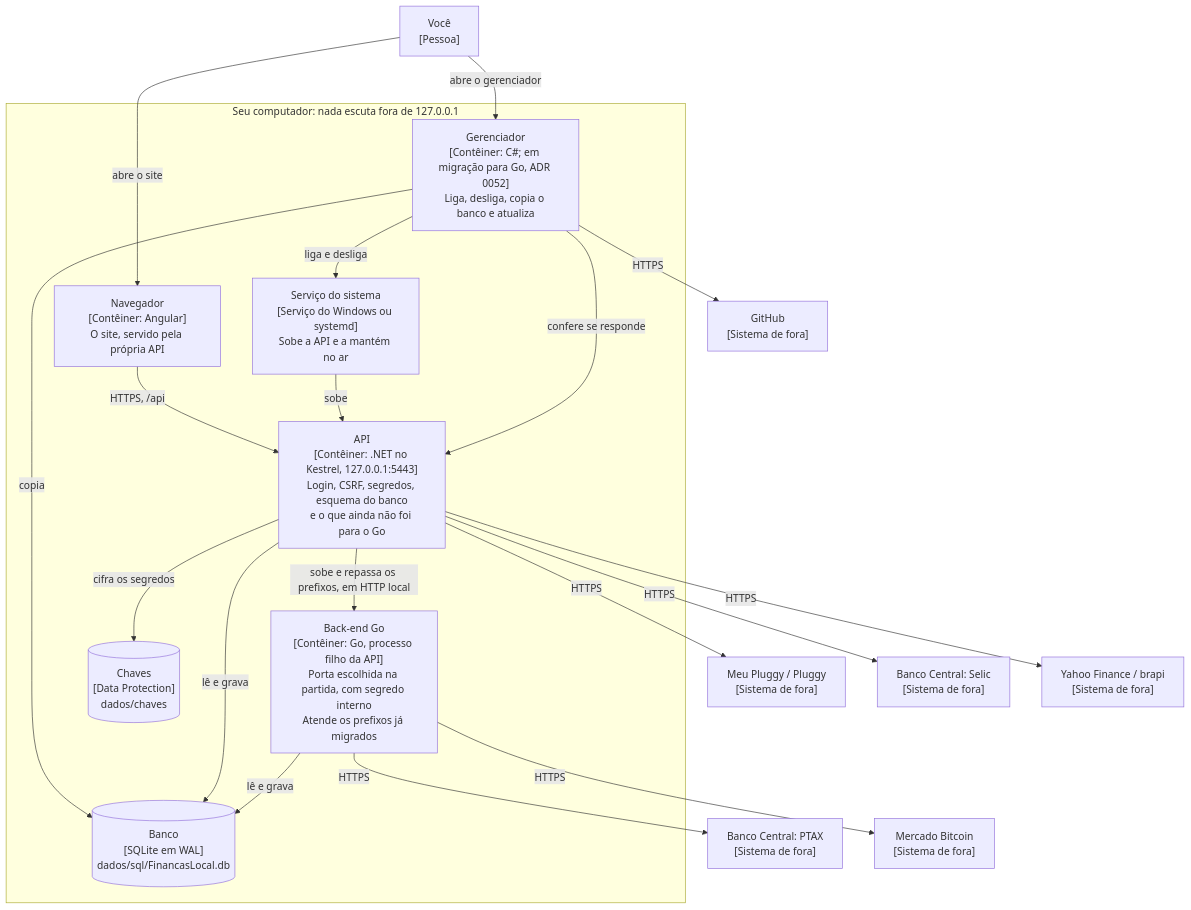
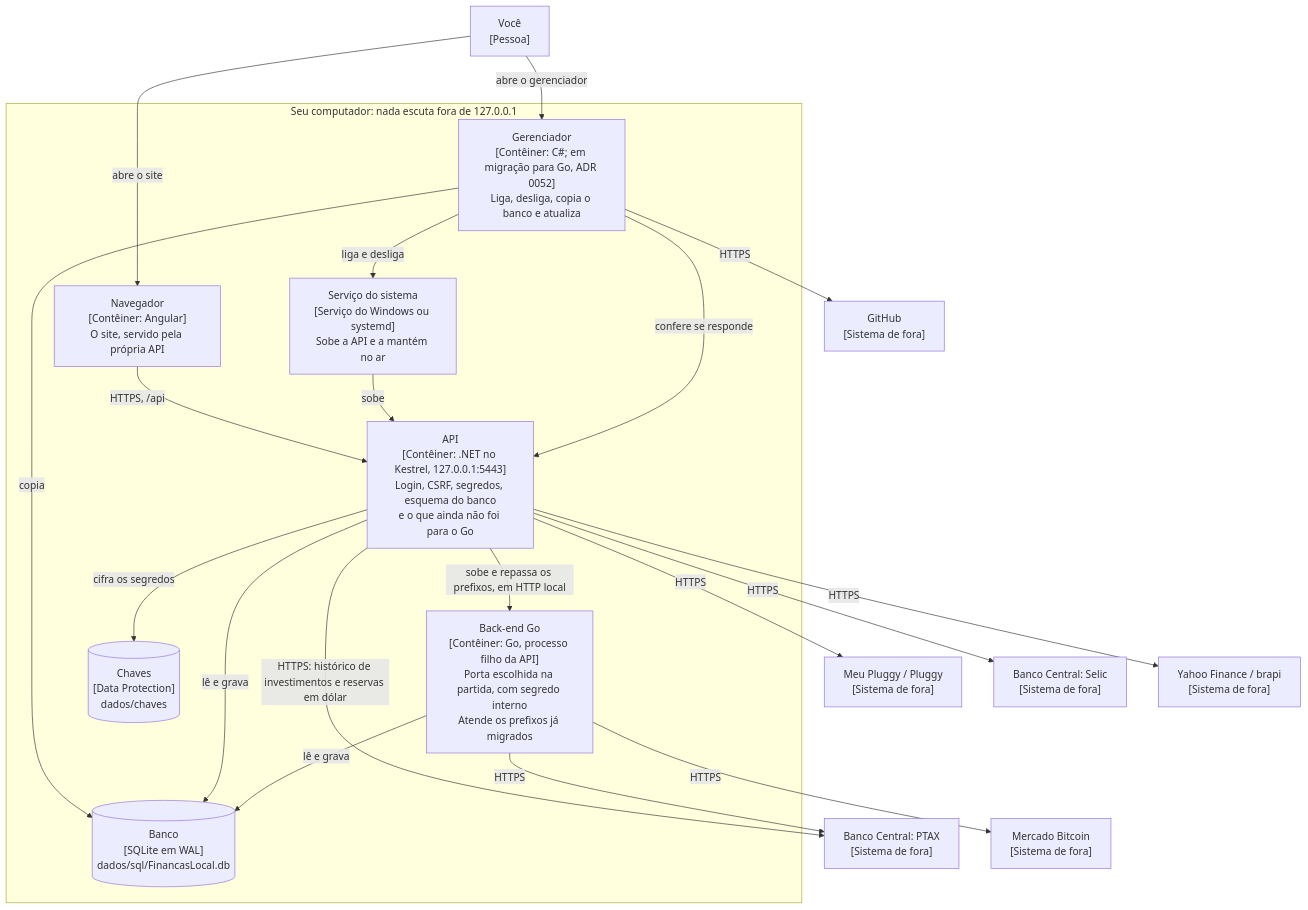
Before and after one commit to LucasDesenvGit/financas-local: the second of 6 diagrams in docs/ARQUITETURA.md, drawn with Mermaid. The commit also changed other lines of this file and 10 other files, not shown here.

````diff
--- a/docs/ARQUITETURA.md
+++ b/docs/ARQUITETURA.md
@@ -33,39 +33,40 @@
 ```mermaid
 flowchart TB
     pessoa["Você<br/>[Pessoa]"]
 
     subgraph computador["Seu computador: nada escuta fora de 127.0.0.1"]
         navegador["Navegador<br/>[Contêiner: Angular]<br/>O site, servido pela própria API"]
         servico["Serviço do sistema<br/>[Serviço do Windows ou systemd]<br/>Sobe a API e a mantém no ar"]
         gerenciador["Gerenciador<br/>[Contêiner: C#; em migração para Go, ADR 0052]<br/>Liga, desliga, copia o banco e atualiza"]
         api["API<br/>[Contêiner: .NET no Kestrel, 127.0.0.1:5443]<br/>Login, CSRF, segredos, esquema do banco<br/>e o que ainda não foi para o Go"]
         go["Back-end Go<br/>[Contêiner: Go, processo filho da API]<br/>Porta escolhida na partida, com segredo interno<br/>Atende os prefixos já migrados"]
         banco[("Banco<br/>[SQLite em WAL]<br/>dados/sql/FinancasLocal.db")]
         chaves[("Chaves<br/>[Data Protection]<br/>dados/chaves")]
     end
 
     pluggy["Meu Pluggy / Pluggy<br/>[Sistema de fora]"]
     selic["Banco Central: Selic<br/>[Sistema de fora]"]
     ptax["Banco Central: PTAX<br/>[Sistema de fora]"]
     cotacoes["Yahoo Finance / brapi<br/>[Sistema de fora]"]
     mercado["Mercado Bitcoin<br/>[Sistema de fora]"]
     github["GitHub<br/>[Sistema de fora]"]
 
     pessoa -- "abre o site" --> navegador
     pessoa -- "abre o gerenciador" --> gerenciador
     navegador -- "HTTPS, /api" --> api
     servico -- "sobe" --> api
     gerenciador -- "liga e desliga" --> servico
     gerenciador -- "confere se responde" --> api
     gerenciador -- "copia" --> banco
     api -- "sobe e repassa os prefixos, em HTTP local" --> go
     api -- "lê e grava" --> banco
     api -- "cifra os segredos" --> chaves
     go -- "lê e grava" --> banco
     api -- "HTTPS" --> pluggy
     api -- "HTTPS" --> selic
     api -- "HTTPS" --> cotacoes
+    api -- "HTTPS: histórico de investimentos e reservas em dólar" --> ptax
     go -- "HTTPS" --> ptax
     go -- "HTTPS" --> mercado
     gerenciador -- "HTTPS" --> github
 ```
````
